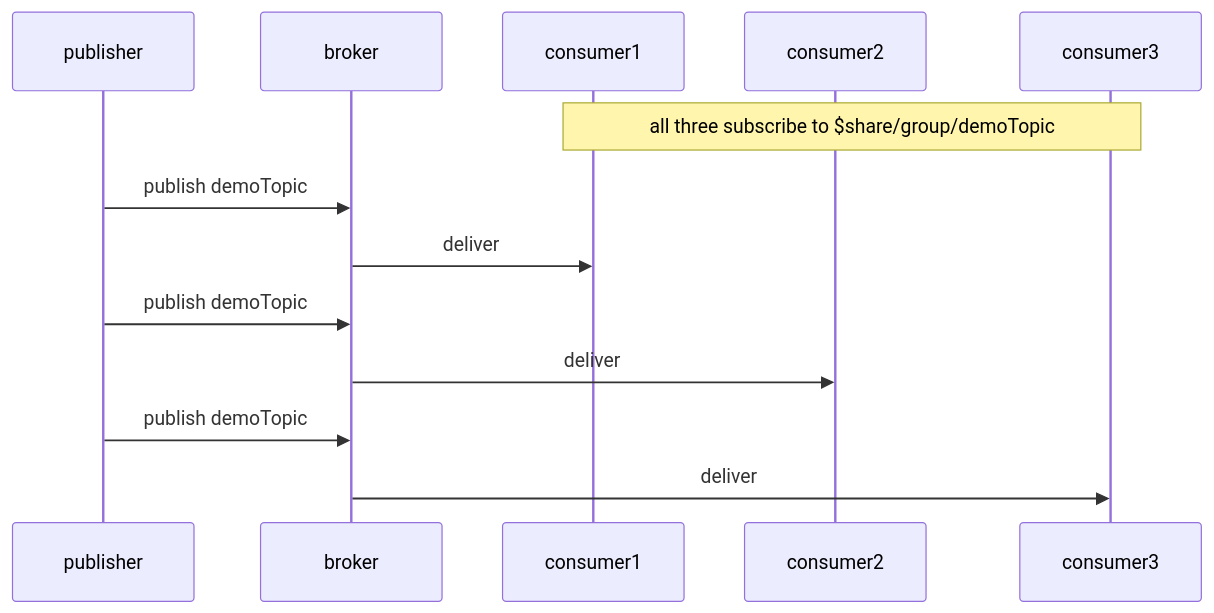
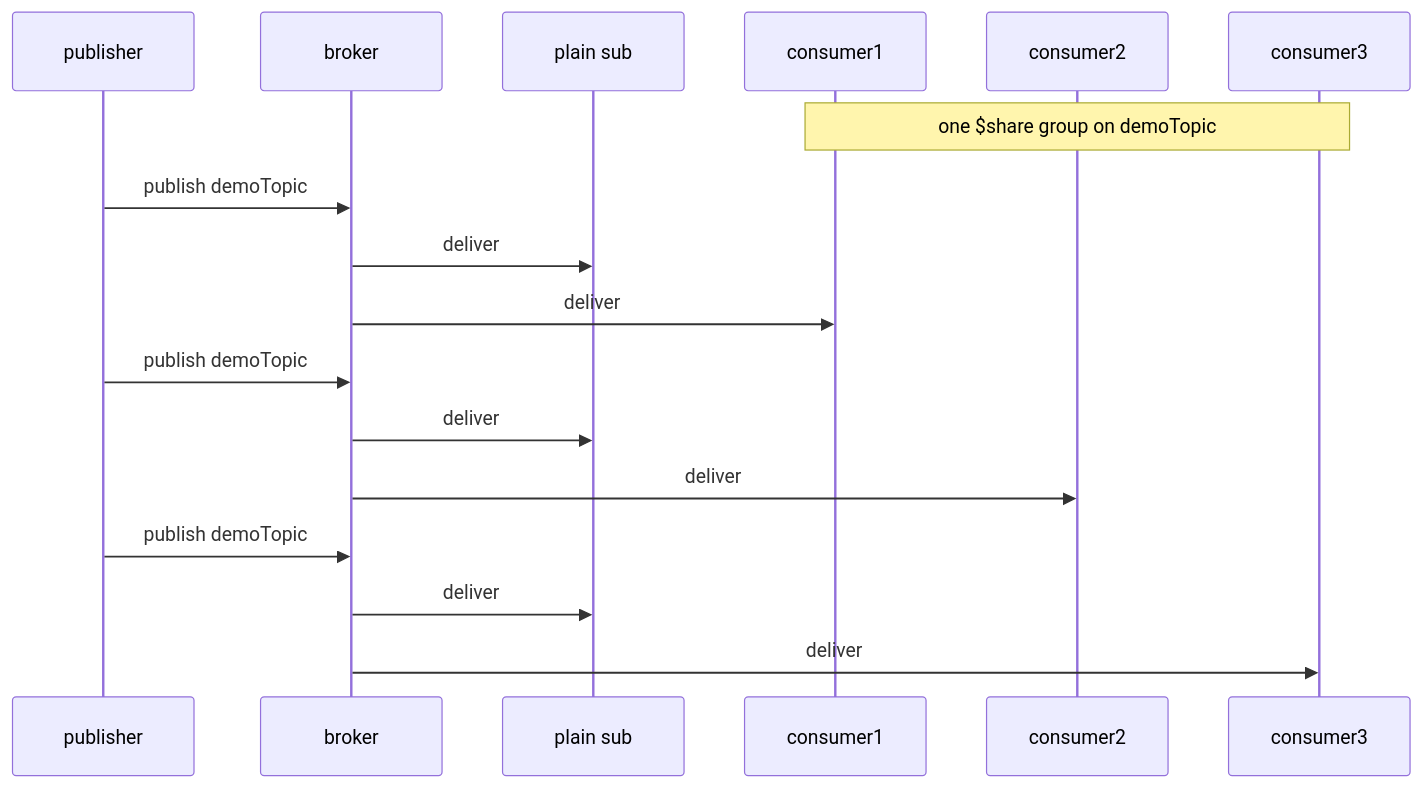
One commit to ssupawat/ssupawat.github.io changed the second of 2 diagrams in content/mqtt-one-topic-many-consumers.md. Above: the diagram before and after it, drawn with Mermaid. The commit also changed other lines of this file and 1 other file, not shown here.

````diff
--- a/content/mqtt-one-topic-many-consumers.md
+++ b/content/mqtt-one-topic-many-consumers.md
@@ -88,19 +95,23 @@
 ```mermaid
-%% caption: The publisher is unchanged. It still publishes to plain `demoTopic`. The `$share` prefix is on the subscribe side only, and the broker does the rotation.
+%% caption: The three in the group hold `$share/shared-subscriber-group/demoTopic` and split the stream. The plain sub holds `demoTopic` with no prefix and still gets all of it. The publisher is unchanged either way. It publishes to plain `demoTopic`, because `$share` is a subscribe-side prefix.
 sequenceDiagram
     accTitle: Load balancing an MQTT topic with a v5 shared subscription
-    accDescr: Three consumers subscribe to the same shared subscription group for demoTopic. The publisher publishes to demoTopic and the broker delivers each message to one member of the group in rotation.
+    accDescr: Three consumers subscribe to one shared subscription group for demoTopic and receive its messages in rotation. A fourth subscriber outside the group subscribes to demoTopic directly and receives every message.
     participant P as publisher
     participant B as broker
+    participant X as plain sub
     participant C1 as consumer1
     participant C2 as consumer2
     participant C3 as consumer3
 
-    Note over C1,C3: all three subscribe to $share/group/demoTopic
+    Note over C1,C3: one $share group on demoTopic
     P->>B: publish demoTopic
+    B->>X: deliver
     B->>C1: deliver
     P->>B: publish demoTopic
+    B->>X: deliver
     B->>C2: deliver
     P->>B: publish demoTopic
+    B->>X: deliver
     B->>C3: deliver
 ```
````
